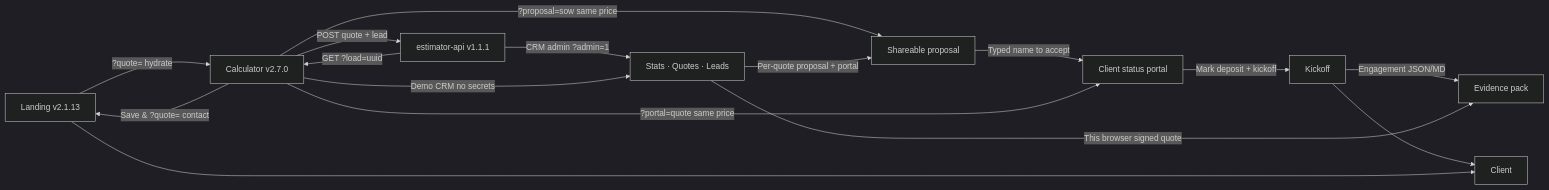
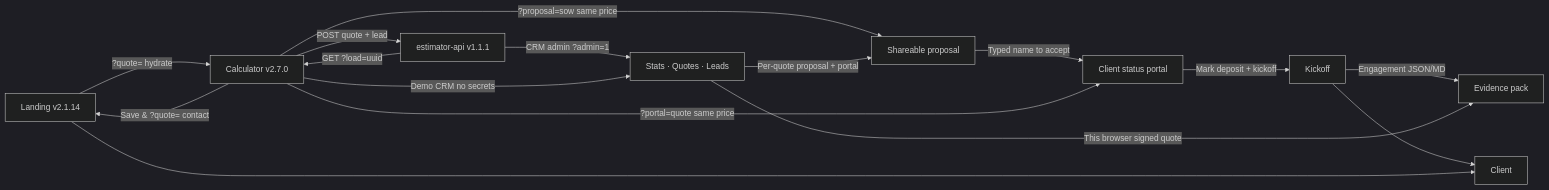
The diagram in README.md (pixellayer7-jpg/pixellayer7-jpg), drawn with Mermaid (dark theme) before and after one commit. The commit also changed other lines of this file and 1 other file, not shown here.

````diff
--- a/README.md
+++ b/README.md
@@ -18,18 +19,18 @@
 ```mermaid
 flowchart LR
-  A[Landing v2.1.13] -->|?quote= hydrate| B[Calculator v2.7.0]
+  A[Landing v2.1.14] -->|?quote= hydrate| B[Calculator v2.7.0]
   B -->|Save & ?quote= contact| A
   B -->|?proposal=sow same price| R[Shareable proposal]
   R -->|Typed name to accept| P[Client status portal]
   P -->|Mark deposit + kickoff| K[Kickoff]
   K -->|Engagement JSON/MD| X[Evidence pack]
   B -->|?portal=quote same price| P
   B -->|POST quote + lead| D[estimator-api v1.1.1]
   D -->|CRM admin ?admin=1| E[Stats · Quotes · Leads]
   B -->|Demo CRM no secrets| E
   E -->|This browser signed quote| X
   E -->|Per-quote proposal + portal| R
   K --> F[Client]
   D -->|GET ?load=uuid| B
   A --> F[Client]
 ```
````
